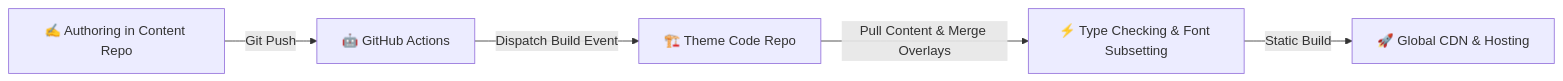
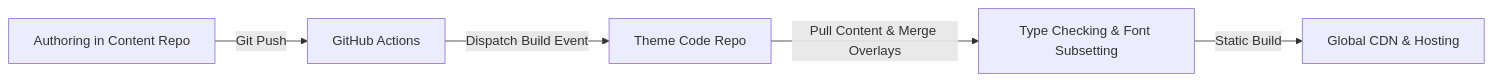
Before and after one commit to LyraVoid/Shirone-Docs: the diagram in docs/en/guide/content-separation/concepts/README.md, drawn with Mermaid. The commit also changed 7 other files, not shown here.

Commit message:
docs: standardize terminology in content separation guides by removing emojis from diagrams for improved clarity and consistency in both English and Chinese

````diff
--- a/docs/en/guide/content-separation/concepts/README.md
+++ b/docs/en/guide/content-separation/concepts/README.md
@@ -33,7 +33,7 @@
 ```mermaid
 flowchart LR
-    A["✍️ Authoring in Content Repo"] -->|Git Push| B["🤖 GitHub Actions"]
-    B -->|Dispatch Build Event| C["🏗️ Theme Code Repo"]
-    C -->|Pull Content & Merge Overlays| D["⚡ Type Checking & Font Subsetting"]
-    D -->|Static Build| E["🚀 Global CDN & Hosting"]
+    A[Authoring in Content Repo] -->|Git Push| B[GitHub Actions]
+    B -->|Dispatch Build Event| C[Theme Code Repo]
+    C -->|Pull Content & Merge Overlays| D[Type Checking & Font Subsetting]
+    D -->|Static Build| E[Global CDN & Hosting]
 ```
````
